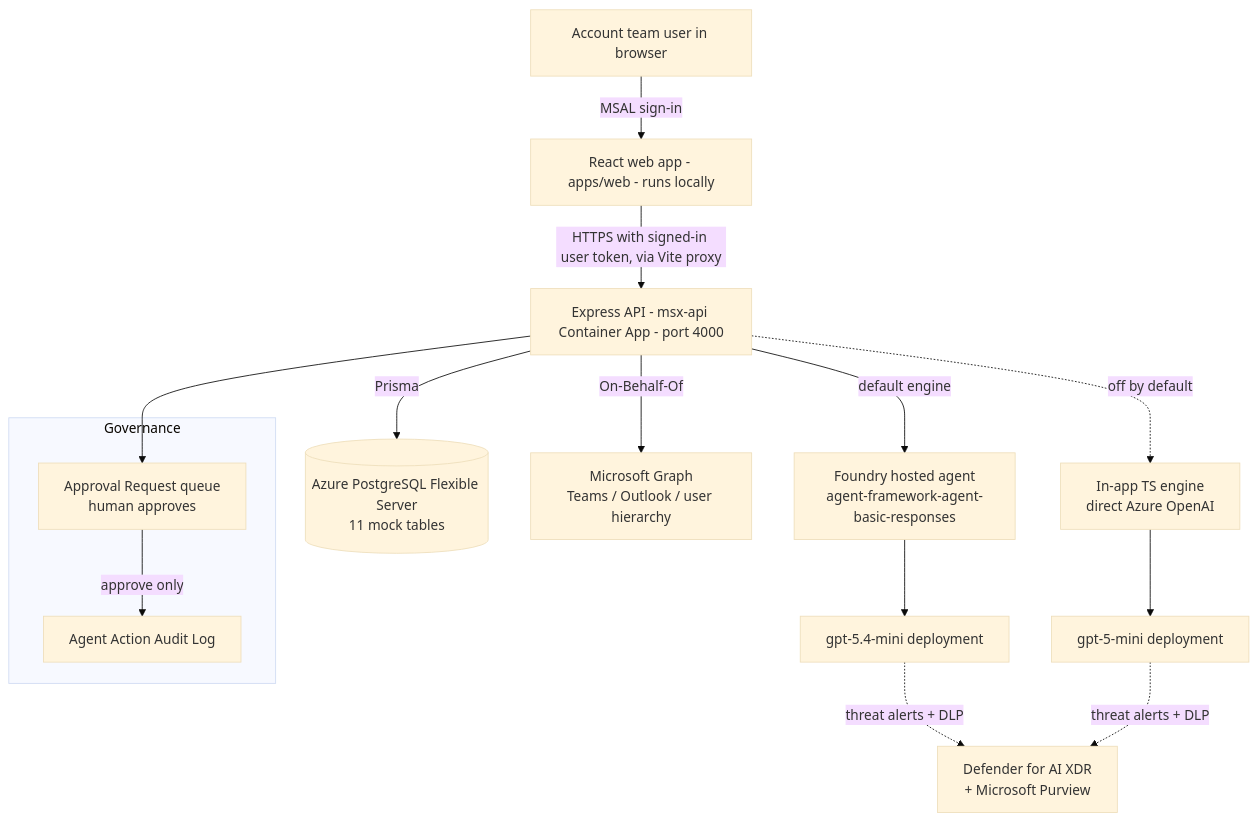
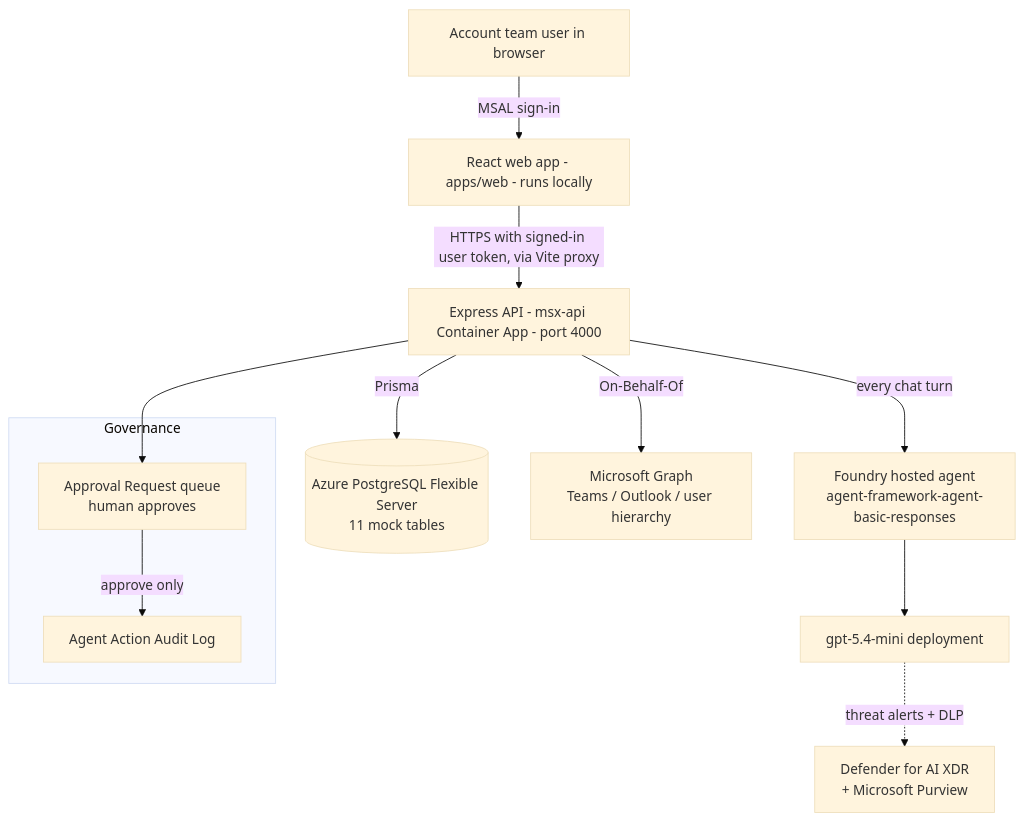
One commit to amandatranMS/Project changed the diagram in HANDOFF.md. Above: the diagram before and after it, drawn with Mermaid (base theme). The commit also changed other lines of this file and 28 other files, not shown here.

````diff
--- a/HANDOFF.md
+++ b/HANDOFF.md
@@ -67,22 +67,19 @@
 ```mermaid
 flowchart TD
     U[Account team user in browser] -->|MSAL sign-in| W[React web app - apps/web - runs locally]
     W -->|HTTPS with signed-in user token, via Vite proxy| API[Express API - msx-api Container App - port 4000]
 
     API -->|Prisma| DB[(Azure PostgreSQL Flexible Server<br/>11 mock tables)]
-    API -->|default engine| FA[Foundry hosted agent<br/>agent-framework-agent-basic-responses]
-    API -.->|off by default| INAPP[In-app TS engine<br/>direct Azure OpenAI]
+    API -->|every chat turn| FA[Foundry hosted agent<br/>agent-framework-agent-basic-responses]
     FA --> M1[gpt-5.4-mini deployment]
-    INAPP --> M2[gpt-5-mini deployment]
 
     API -->|On-Behalf-Of| GRAPH[Microsoft Graph<br/>Teams / Outlook / user hierarchy]
     M1 -.->|threat alerts + DLP| SEC[Defender for AI XDR<br/>+ Microsoft Purview]
-    M2 -.->|threat alerts + DLP| SEC
 
     subgraph Governance
       APR[Approval Request queue<br/>human approves]
       AUD[Agent Action Audit Log]
     end
     API --> APR
     APR -->|approve only| AUD
 ```
````
